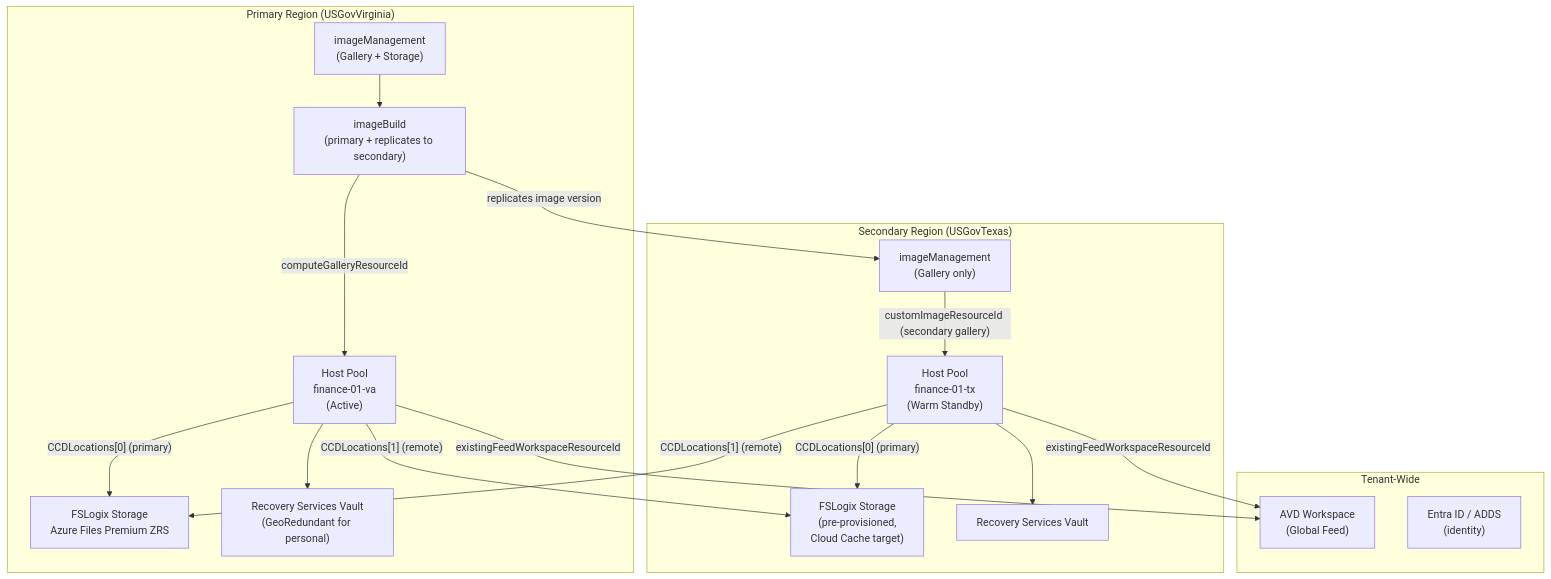
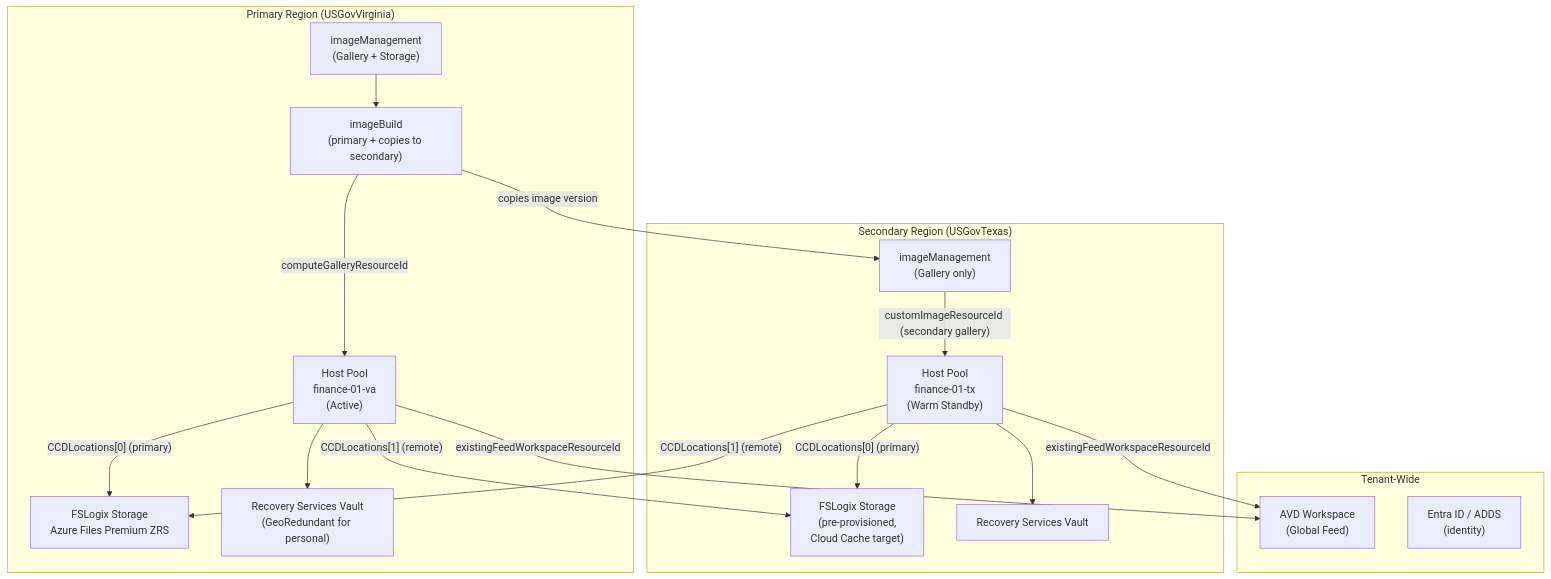
The diagram in docs/bcdr.md (Azure/FederalAVD), drawn with Mermaid before and after one commit. The commit also changed other lines of this file and 15 other files, not shown here.

Commit message:
Fix regional image version replication

````diff
--- a/docs/bcdr.md
+++ b/docs/bcdr.md
@@ -414,38 +414,38 @@
 ```mermaid
 graph TB
     subgraph Primary["Primary Region (USGovVirginia)"]
         imgMgmt1["imageManagement\n(Gallery + Storage)"]
-        imageBuild["imageBuild\n(primary + replicates to secondary)"]
+        imageBuild["imageBuild\n(primary + copies to secondary)"]
         hp1["Host Pool\nfinance-01-va\n(Active)"]
         fslogix1["FSLogix Storage\nAzure Files Premium ZRS"]
         rsv1["Recovery Services Vault\n(GeoRedundant for personal)"]
     end
 
     subgraph Secondary["Secondary Region (USGovTexas)"]
         imgMgmt2["imageManagement\n(Gallery only)"]
         hp2["Host Pool\nfinance-01-tx\n(Warm Standby)"]
         fslogix2["FSLogix Storage\n(pre-provisioned,\nCloud Cache target)"]
         rsv2["Recovery Services Vault"]
     end
 
     subgraph SharedInfra["Tenant-Wide"]
         workspace["AVD Workspace\n(Global Feed)"]
         entraId["Entra ID / ADDS\n(identity)"]
     end
 
     imgMgmt1 --> imageBuild
-    imageBuild -->|"replicates image version"| imgMgmt2
+    imageBuild -->|"copies image version"| imgMgmt2
     imageBuild -->|"computeGalleryResourceId"| hp1
     imgMgmt2 -->|"customImageResourceId (secondary gallery)"| hp2
 
     hp1 -->|"CCDLocations[0] (primary)"| fslogix1
     hp1 -->|"CCDLocations[1] (remote)"| fslogix2
     hp2 -->|"CCDLocations[0] (primary)"| fslogix2
     hp2 -->|"CCDLocations[1] (remote)"| fslogix1
 
     hp1 -->|"existingFeedWorkspaceResourceId"| workspace
     hp2 -->|"existingFeedWorkspaceResourceId"| workspace
 
     hp1 --> rsv1
     hp2 --> rsv2
 ```
````
